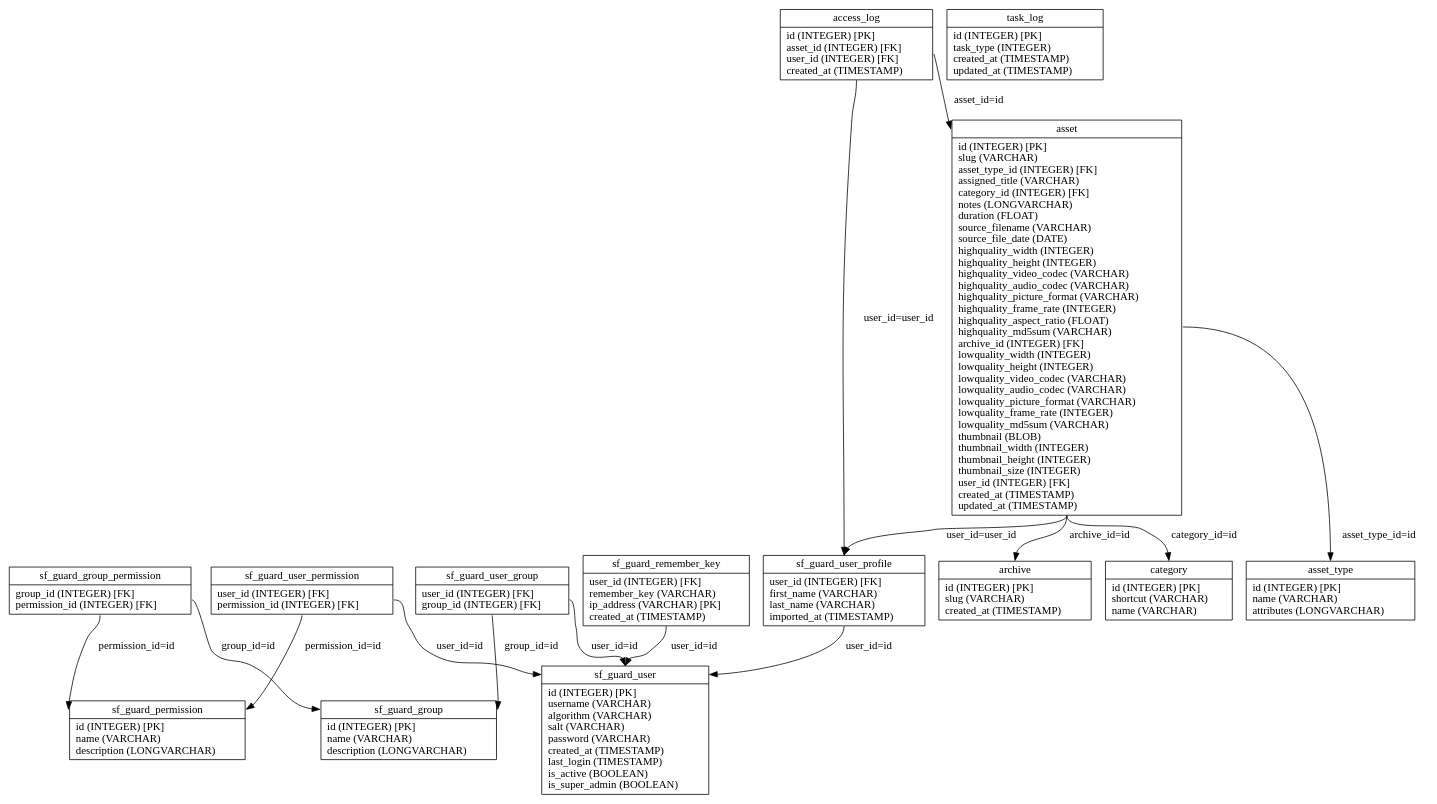
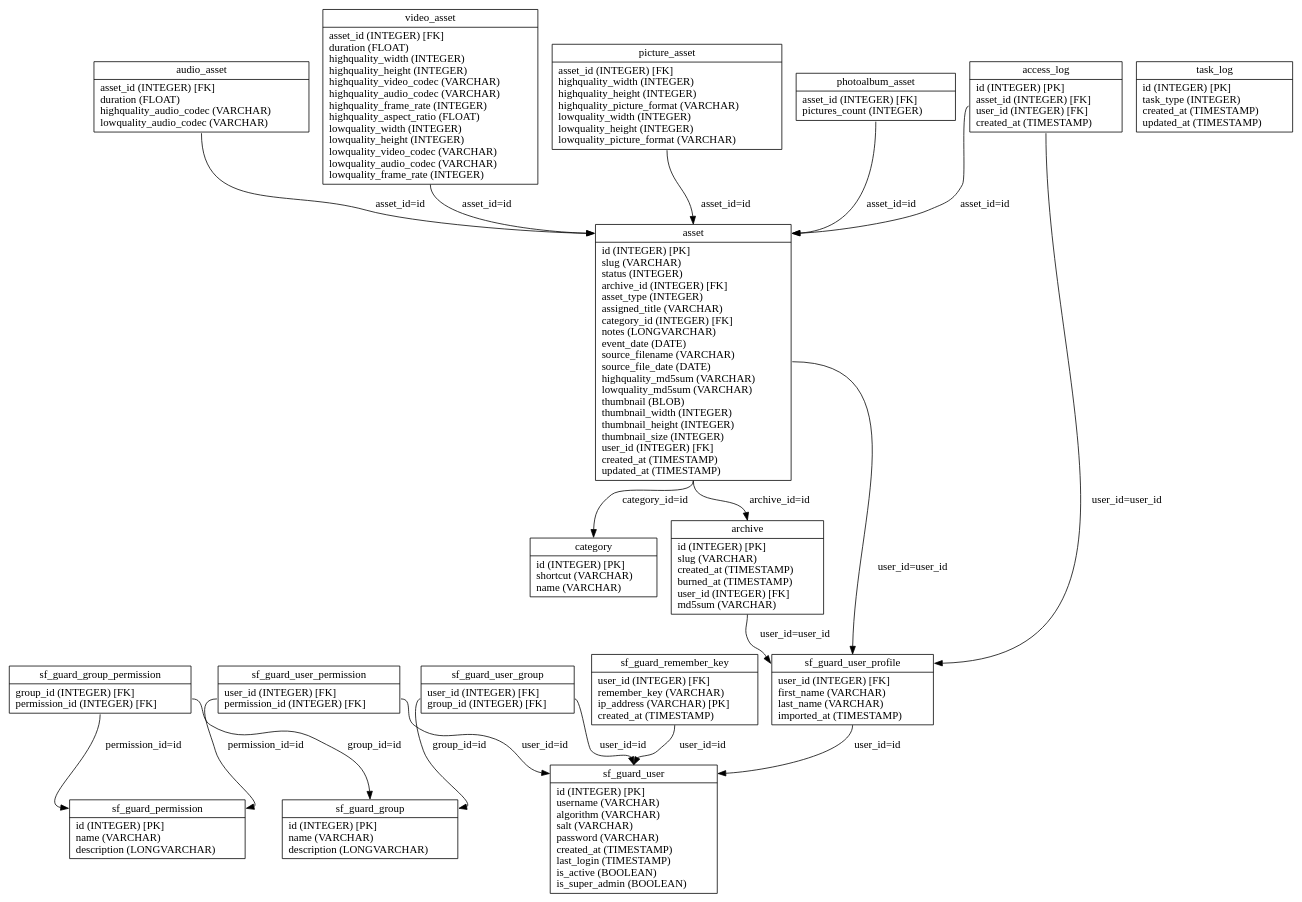
One commit to loristissino/wviola changed the diagram in graph/propel.schema.dot. Above: the diagram before and after it, drawn with Graphviz. The commit also changed 4 other files, not shown here.

```diff
--- a/graph/propel.schema.dot
+++ b/graph/propel.schema.dot
@@ -1,31 +1,38 @@
 digraph G {
 nodesf_guard_group [label="{<table>sf_guard_group|<cols>id (INTEGER) [PK]\lname (VARCHAR)\ldescription (LONGVARCHAR)\l}", shape=record];
 nodesf_guard_permission [label="{<table>sf_guard_permission|<cols>id (INTEGER) [PK]\lname (VARCHAR)\ldescription (LONGVARCHAR)\l}", shape=record];
 nodesf_guard_group_permission [label="{<table>sf_guard_group_permission|<cols>group_id (INTEGER) [FK]\lpermission_id (INTEGER) [FK]\l}", shape=record];
 nodesf_guard_user [label="{<table>sf_guard_user|<cols>id (INTEGER) [PK]\lusername (VARCHAR)\lalgorithm (VARCHAR)\lsalt (VARCHAR)\lpassword (VARCHAR)\lcreated_at (TIMESTAMP)\llast_login (TIMESTAMP)\lis_active (BOOLEAN)\lis_super_admin (BOOLEAN)\l}", shape=record];
 nodesf_guard_user_permission [label="{<table>sf_guard_user_permission|<cols>user_id (INTEGER) [FK]\lpermission_id (INTEGER) [FK]\l}", shape=record];
 nodesf_guard_user_group [label="{<table>sf_guard_user_group|<cols>user_id (INTEGER) [FK]\lgroup_id (INTEGER) [FK]\l}", shape=record];
 nodesf_guard_remember_key [label="{<table>sf_guard_remember_key|<cols>user_id (INTEGER) [FK]\lremember_key (VARCHAR)\lip_address (VARCHAR) [PK]\lcreated_at (TIMESTAMP)\l}", shape=record];
 nodesf_guard_user_profile [label="{<table>sf_guard_user_profile|<cols>user_id (INTEGER) [FK]\lfirst_name (VARCHAR)\llast_name (VARCHAR)\limported_at (TIMESTAMP)\l}", shape=record];
-nodeasset_type [label="{<table>asset_type|<cols>id (INTEGER) [PK]\lname (VARCHAR)\lattributes (LONGVARCHAR)\l}", shape=record];
-nodeasset [label="{<table>asset|<cols>id (INTEGER) [PK]\lslug (VARCHAR)\lasset_type_id (INTEGER) [FK]\lassigned_title (VARCHAR)\lcategory_id (INTEGER) [FK]\lnotes (LONGVARCHAR)\lduration (FLOAT)\lsource_filename (VARCHAR)\lsource_file_date (DATE)\lhighquality_width (INTEGER)\lhighquality_height (INTEGER)\lhighquality_video_codec (VARCHAR)\lhighquality_audio_codec (VARCHAR)\lhighquality_picture_format (VARCHAR)\lhighquality_frame_rate (INTEGER)\lhighquality_aspect_ratio (FLOAT)\lhighquality_md5sum (VARCHAR)\larchive_id (INTEGER) [FK]\llowquality_width (INTEGER)\llowquality_height (INTEGER)\llowquality_video_codec (VARCHAR)\llowquality_audio_codec (VARCHAR)\llowquality_picture_format (VARCHAR)\llowquality_frame_rate (INTEGER)\llowquality_md5sum (VARCHAR)\lthumbnail (BLOB)\lthumbnail_width (INTEGER)\lthumbnail_height (INTEGER)\lthumbnail_size (INTEGER)\luser_id (INTEGER) [FK]\lcreated_at (TIMESTAMP)\lupdated_at (TIMESTAMP)\l}", shape=record];
-nodearchive [label="{<table>archive|<cols>id (INTEGER) [PK]\lslug (VARCHAR)\lcreated_at (TIMESTAMP)\l}", shape=record];
+nodeasset [label="{<table>asset|<cols>id (INTEGER) [PK]\lslug (VARCHAR)\lstatus (INTEGER)\larchive_id (INTEGER) [FK]\lasset_type (INTEGER)\lassigned_title (VARCHAR)\lcategory_id (INTEGER) [FK]\lnotes (LONGVARCHAR)\levent_date (DATE)\lsource_filename (VARCHAR)\lsource_file_date (DATE)\lhighquality_md5sum (VARCHAR)\llowquality_md5sum (VARCHAR)\lthumbnail (BLOB)\lthumbnail_width (INTEGER)\lthumbnail_height (INTEGER)\lthumbnail_size (INTEGER)\luser_id (INTEGER) [FK]\lcreated_at (TIMESTAMP)\lupdated_at (TIMESTAMP)\l}", shape=record];
+nodevideo_asset [label="{<table>video_asset|<cols>asset_id (INTEGER) [FK]\lduration (FLOAT)\lhighquality_width (INTEGER)\lhighquality_height (INTEGER)\lhighquality_video_codec (VARCHAR)\lhighquality_audio_codec (VARCHAR)\lhighquality_frame_rate (INTEGER)\lhighquality_aspect_ratio (FLOAT)\llowquality_width (INTEGER)\llowquality_height (INTEGER)\llowquality_video_codec (VARCHAR)\llowquality_audio_codec (VARCHAR)\llowquality_frame_rate (INTEGER)\l}", shape=record];
+nodepicture_asset [label="{<table>picture_asset|<cols>asset_id (INTEGER) [FK]\lhighquality_width (INTEGER)\lhighquality_height (INTEGER)\lhighquality_picture_format (VARCHAR)\llowquality_width (INTEGER)\llowquality_height (INTEGER)\llowquality_picture_format (VARCHAR)\l}", shape=record];
+nodephotoalbum_asset [label="{<table>photoalbum_asset|<cols>asset_id (INTEGER) [FK]\lpictures_count (INTEGER)\l}", shape=record];
+nodeaudio_asset [label="{<table>audio_asset|<cols>asset_id (INTEGER) [FK]\lduration (FLOAT)\lhighquality_audio_codec (VARCHAR)\llowquality_audio_codec (VARCHAR)\l}", shape=record];
+nodearchive [label="{<table>archive|<cols>id (INTEGER) [PK]\lslug (VARCHAR)\lcreated_at (TIMESTAMP)\lburned_at (TIMESTAMP)\luser_id (INTEGER) [FK]\lmd5sum (VARCHAR)\l}", shape=record];
 nodecategory [label="{<table>category|<cols>id (INTEGER) [PK]\lshortcut (VARCHAR)\lname (VARCHAR)\l}", shape=record];
 nodeaccess_log [label="{<table>access_log|<cols>id (INTEGER) [PK]\lasset_id (INTEGER) [FK]\luser_id (INTEGER) [FK]\lcreated_at (TIMESTAMP)\l}", shape=record];
 nodetask_log [label="{<table>task_log|<cols>id (INTEGER) [PK]\ltask_type (INTEGER)\lcreated_at (TIMESTAMP)\lupdated_at (TIMESTAMP)\l}", shape=record];
 
 nodesf_guard_group_permission:cols -> nodesf_guard_group:table [label="group_id=id "];
 nodesf_guard_group_permission:cols -> nodesf_guard_permission:table [label="permission_id=id "];
 nodesf_guard_user_permission:cols -> nodesf_guard_user:table [label="user_id=id "];
 nodesf_guard_user_permission:cols -> nodesf_guard_permission:table [label="permission_id=id "];
 nodesf_guard_user_group:cols -> nodesf_guard_user:table [label="user_id=id "];
 nodesf_guard_user_group:cols -> nodesf_guard_group:table [label="group_id=id "];
 nodesf_guard_remember_key:cols -> nodesf_guard_user:table [label="user_id=id "];
 nodesf_guard_user_profile:cols -> nodesf_guard_user:table [label="user_id=id "];
-nodeasset:cols -> nodeasset_type:table [label="asset_type_id=id "];
+nodeasset:cols -> nodearchive:table [label="archive_id=id "];
 nodeasset:cols -> nodecategory:table [label="category_id=id "];
-nodeasset:cols -> nodearchive:table [label="archive_id=id "];
 nodeasset:cols -> nodesf_guard_user_profile:table [label="user_id=user_id "];
+nodevideo_asset:cols -> nodeasset:table [label="asset_id=id "];
+nodepicture_asset:cols -> nodeasset:table [label="asset_id=id "];
+nodephotoalbum_asset:cols -> nodeasset:table [label="asset_id=id "];
+nodeaudio_asset:cols -> nodeasset:table [label="asset_id=id "];
+nodearchive:cols -> nodesf_guard_user_profile:table [label="user_id=user_id "];
 nodeaccess_log:cols -> nodeasset:table [label="asset_id=id "];
 nodeaccess_log:cols -> nodesf_guard_user_profile:table [label="user_id=user_id "];
 }
```
